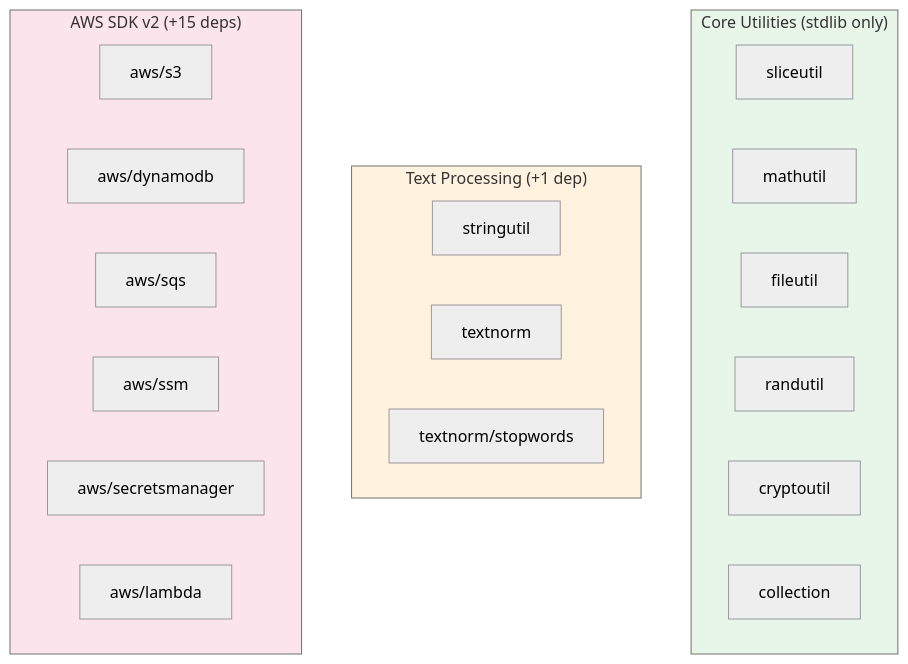
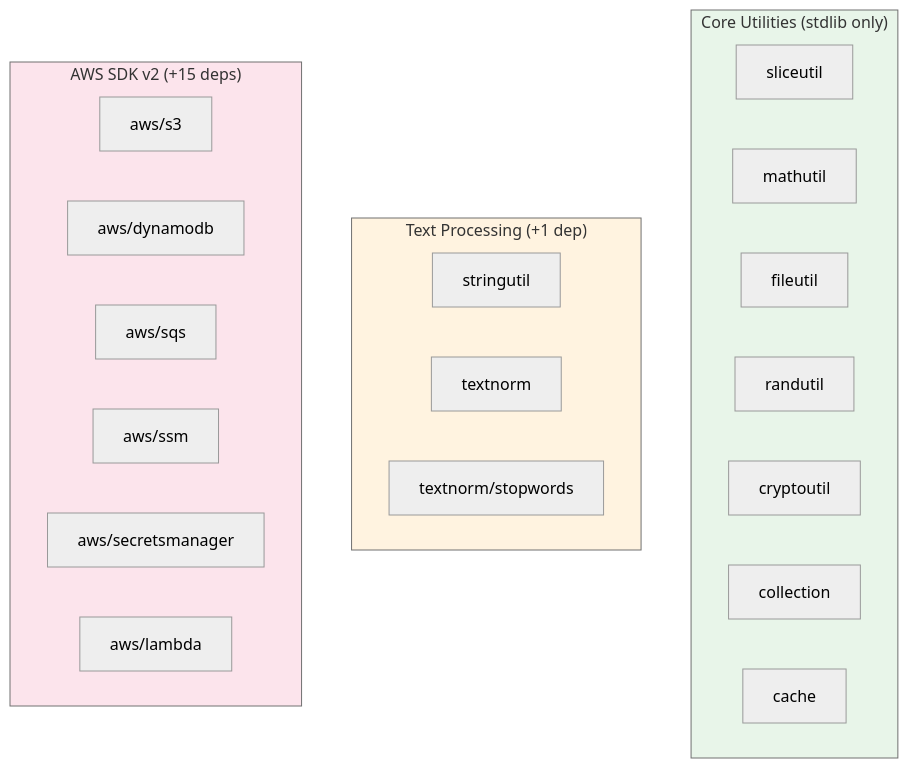
The first of 2 diagrams in docs/architecture.md (alessiosavi/GoGPUtils), drawn with Mermaid (neutral theme) before and after one commit. The commit also changed other lines of this file and 22 other files, not shown here.

````diff
--- a/docs/architecture.md
+++ b/docs/architecture.md
@@ -14,30 +14,31 @@
 ```mermaid
 graph TB
     subgraph Core["Core Utilities (stdlib only)"]
         SL[sliceutil]
         M[mathutil]
         F[fileutil]
         RD[randutil]
         CR[cryptoutil]
         COL[collection]
+        CA[cache]
     end
 
     subgraph Text["Text Processing (+1 dep)"]
         STR[stringutil]
         TN[textnorm]
         SW[textnorm/stopwords]
     end
 
     subgraph AWS["AWS SDK v2 (+15 deps)"]
         S3[aws/s3]
         DDB[aws/dynamodb]
         SQS[aws/sqs]
         SSM[aws/ssm]
         SM[aws/secretsmanager]
         L[aws/lambda]
     end
 
     style Core fill:#e8f5e9
     style Text fill:#fff3e0
     style AWS fill:#fce4ec
 ```
````
